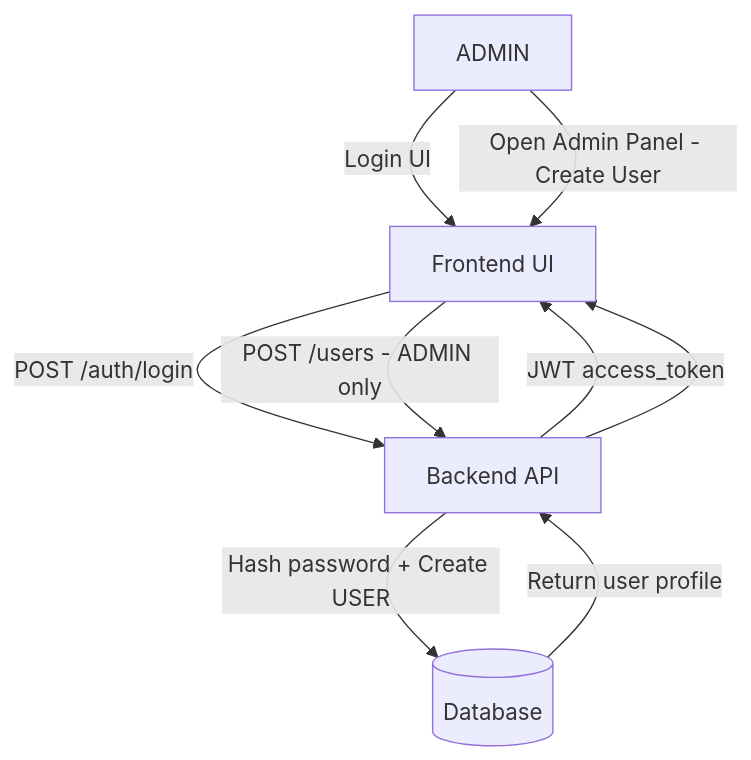
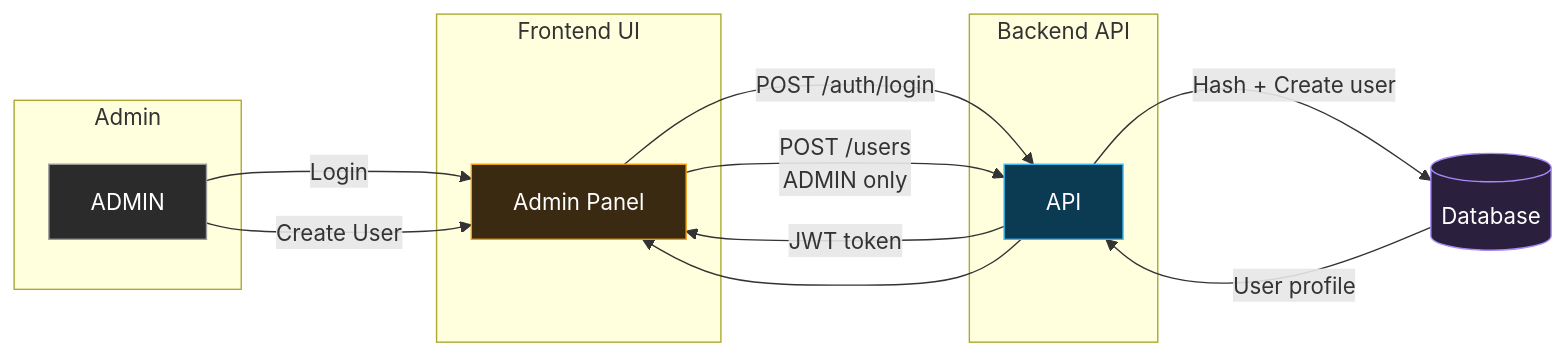
One commit to ichsanx/dms-fullstack-cybermax-v6 changed the second of 5 diagrams in README.md. Above: the diagram before and after it, drawn with Mermaid. The commit also changed other lines of this file, not shown here.

````diff
--- a/README.md
+++ b/README.md
@@ -267,12 +273,32 @@
 ```mermaid
-flowchart TD
-  A[ADMIN] -->|Login UI| UI[Frontend UI]
-  UI -->|POST /auth/login| API[Backend API]
-  API -->|JWT access_token| UI
+flowchart LR
+  %% Styles
+  classDef actor fill:#2b2b2b,stroke:#999,color:#fff;
+  classDef ui fill:#3a2a12,stroke:#f59e0b,color:#fff;
+  classDef api fill:#0b3a53,stroke:#38bdf8,color:#fff;
+  classDef db fill:#2a1f3d,stroke:#a78bfa,color:#fff;
 
-  A -->|Open Admin Panel - Create User| UI
-  UI -->|POST /users - ADMIN only| API
-  API -->|Hash password + Create USER| DB[(Database)]
-  DB -->|Return user profile| API
+  subgraph ADMIN[Admin]
+    A[ADMIN]:::actor
+  end
+
+  subgraph FE[Frontend UI]
+    UI[Admin Panel]:::ui
+  end
+
+  subgraph BE[Backend API]
+    API[API]:::api
+  end
+
+  DB[(Database)]:::db
+
+  A -->|Login| UI
+  UI -->|POST /auth/login| API
+  API -->|JWT token| UI
+
+  A -->|Create User| UI
+  UI -->|POST /users<br/>ADMIN only| API
+  API -->|Hash + Create user| DB
+  DB -->|User profile| API
   API --> UI
 ```
````
